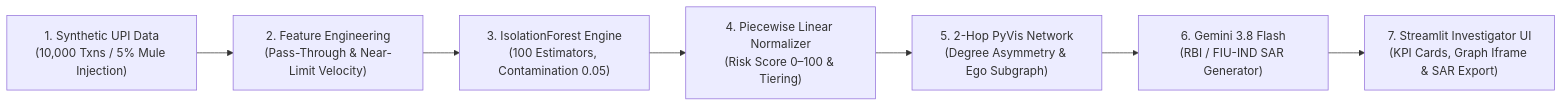
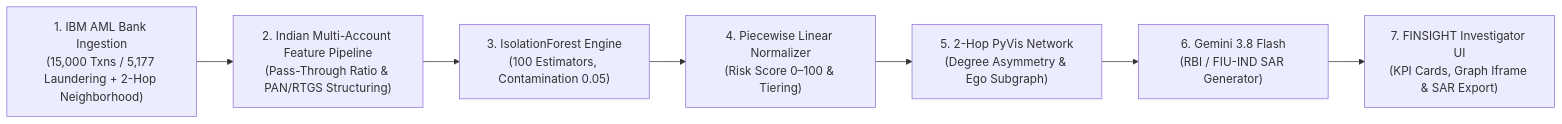
One commit to valdorathedragon/mule-account-detector changed the diagram in README.md. Above: the diagram before and after it, drawn with Mermaid. The commit also changed other lines of this file and 29 other files, not shown here.

Commit message:
feat(phase-6): rebrand to FINSIGHT, integrate IBM AML dataset, update logo, and clean artifacts

````diff
--- a/README.md
+++ b/README.md
@@ -36,9 +38,9 @@
 ```mermaid
 flowchart LR
-    A["1. Synthetic UPI Data<br/>(10,000 Txns / 5% Mule Injection)"] --> B["2. Feature Engineering<br/>(Pass-Through & Near-Limit Velocity)"]
+    A["1. IBM AML Bank Ingestion<br/>(15,000 Txns / 5,177 Laundering + 2-Hop Neighborhood)"] --> B["2. Indian Multi-Account Feature Pipeline<br/>(Pass-Through Ratio & PAN/RTGS Structuring)"]
     B --> C["3. IsolationForest Engine<br/>(100 Estimators, Contamination 0.05)"]
     C --> D["4. Piecewise Linear Normalizer<br/>(Risk Score 0–100 & Tiering)"]
     D --> E["5. 2-Hop PyVis Network<br/>(Degree Asymmetry & Ego Subgraph)"]
     E --> F["6. Gemini 3.8 Flash<br/>(RBI / FIU-IND SAR Generator)"]
-    F --> G["7. Streamlit Investigator UI<br/>(KPI Cards, Graph Iframe & SAR Export)"]
+    F --> G["7. FINSIGHT Investigator UI<br/>(KPI Cards, Graph Iframe & SAR Export)"]
 ```
````
